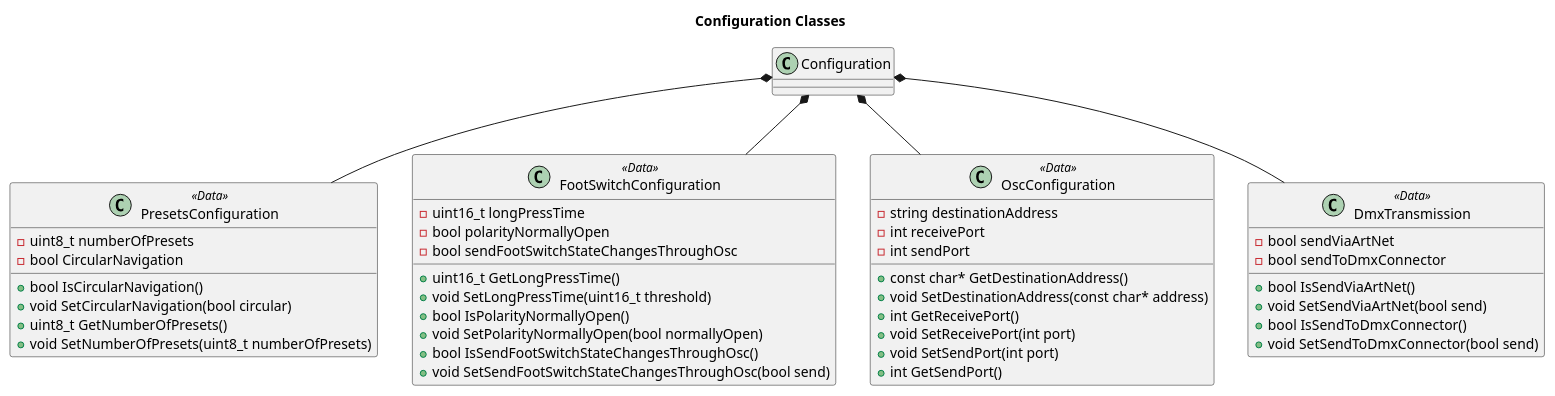
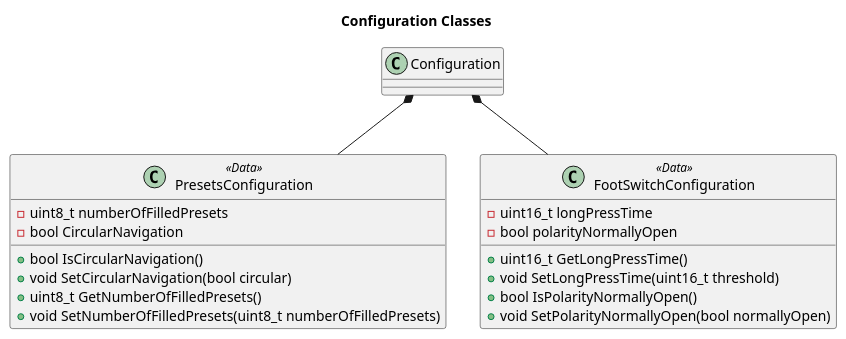
The third of 8 diagrams in Documentation/software_design.puml (michelkeijzers/Esp32DmxController), drawn with PlantUML before and after one commit. The commit also changed other lines of this file and 19 other files, not shown here.

```diff
--- a/Documentation/software_design.puml
+++ b/Documentation/software_design.puml
@@ -135,53 +170,54 @@
 @startuml 
 title Configuration Classes
 
 class PresetsConfiguration <<Data>>
 {
     +bool IsCircularNavigation()
     +void SetCircularNavigation(bool circular)
-    +uint8_t GetNumberOfPresets()
-    +void SetNumberOfPresets(uint8_t numberOfPresets)
-    -uint8_t numberOfPresets
+    +uint8_t GetNumberOfFilledPresets()
+    +void SetNumberOfFilledPresets(uint8_t numberOfFilledPresets)
+    
+    -uint8_t numberOfFilledPresets
     -bool CircularNavigation
 }
 Configuration *-- PresetsConfiguration
 
 class FootSwitchConfiguration <<Data>>
 {
     +uint16_t GetLongPressTime()
     +void SetLongPressTime(uint16_t threshold)
     +bool IsPolarityNormallyOpen()
     +void SetPolarityNormallyOpen(bool normallyOpen)
-    +bool IsSendFootSwitchStateChangesThroughOsc()
-    +void SetSendFootSwitchStateChangesThroughOsc(bool send)
+    '+bool IsSendFootSwitchStateChangesThroughOsc()
+    '+void SetSendFootSwitchStateChangesThroughOsc(bool send)
     -uint16_t longPressTime
     -bool polarityNormallyOpen
-    -bool sendFootSwitchStateChangesThroughOsc
+    '-bool sendFootSwitchStateChangesThroughOsc
 }
 Configuration *-- FootSwitchConfiguration
 
-class OscConfiguration <<Data>>
-{
-    +const char* GetDestinationAddress()
-    +void SetDestinationAddress(const char* address)
-    +int GetReceivePort()
-    +void SetReceivePort(int port)
-    +void SetSendPort(int port)
-    +int GetSendPort()
-    -string destinationAddress
-    -int receivePort
-    -int sendPort
-}
-Configuration *-- OscConfiguration
+' class OscConfiguration <<Data>>
+' {
+'     +const char* GetDestinationAddress()
+'     +void SetDestinationAddress(const char* address)
+'     +int GetReceivePort()
+'     +void SetReceivePort(int port)
+'     +void SetSendPort(int port)
+'     +int GetSendPort()
+'     -string destinationAddress
+'     -int receivePort
+'     -int sendPort
+' }
+' Configuration *-- OscConfiguration
 
-class DmxTransmission <<Data>>
-{
-    +bool IsSendViaArtNet()
-    +void SetSendViaArtNet(bool send)
-    +bool IsSendToDmxConnector()
-    +void SetSendToDmxConnector(bool send)
-    -bool sendViaArtNet
-    -bool sendToDmxConnector
-}
-Configuration *-- DmxTransmission
+' class DmxTransmission <<Data>>
+' {
+'     +bool IsSendViaArtNet()
+'     +void SetSendViaArtNet(bool send)
+'     +bool IsSendToDmxConnector()
+'     +void SetSendToDmxConnector(bool send)
+'     -bool sendViaArtNet
+'     -bool sendToDmxConnector
+' }
+' Configuration *-- DmxTransmission
 @enduml 
```
